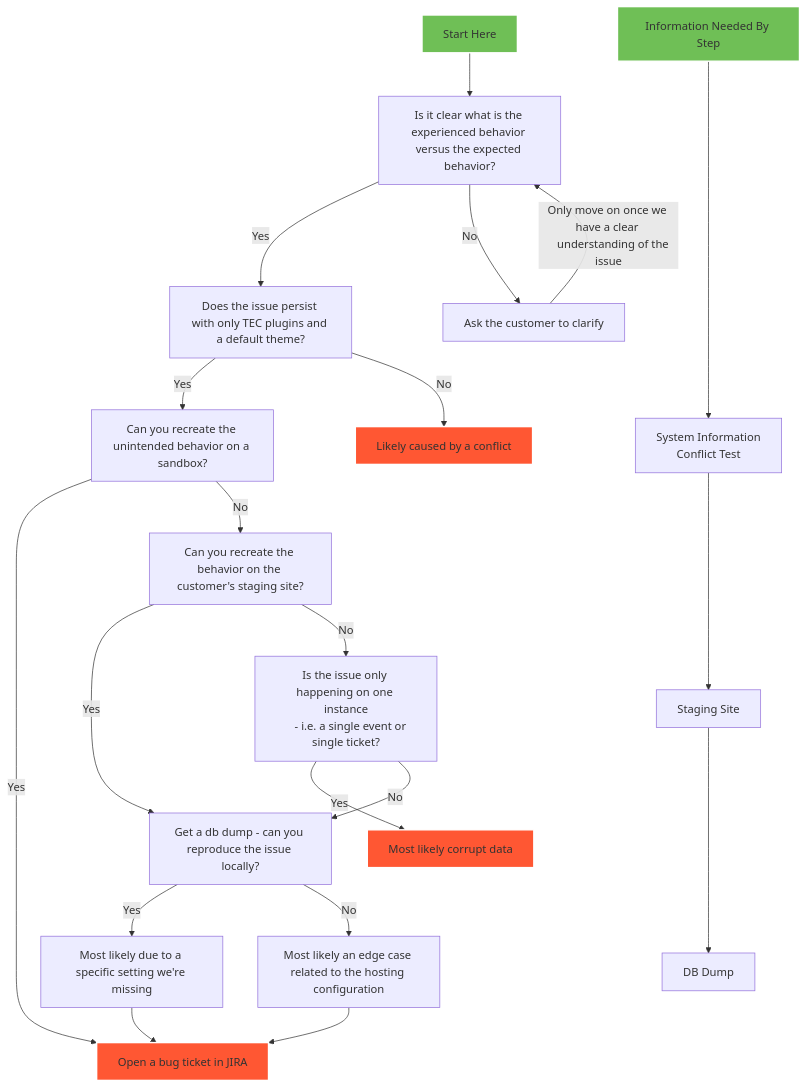
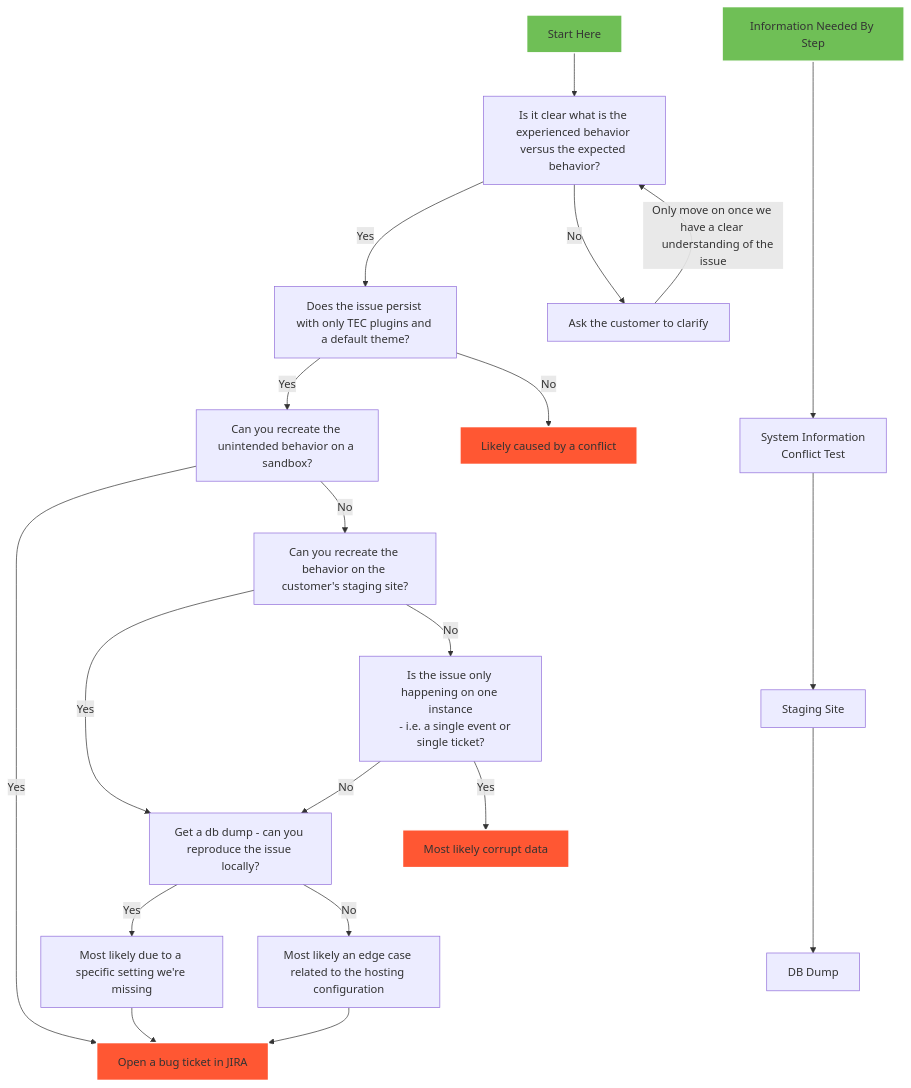
Before and after one commit to sdokus/sdokus-dev-day-concepts: the diagram in support-flowchart.md, drawn with Mermaid.

Commit message:
fixed the criss-crossing lines for step J

````diff
--- a/support-flowchart.md
+++ b/support-flowchart.md
@@ -3,56 +3,57 @@
 ```mermaid
 graph TD
     A[Start Here]
     A --> B
     B[Is it clear what is the experienced behavior versus the expected behavior?]
     B -->|Yes| C
     B -->|No| D
     C[Does the issue persist with only TEC plugins and a default theme?]
     D[Ask the customer to clarify]
     D -->|Only move on once we have a clear 
     understanding of the issue|B
     C -->|Yes|E
     C -->|No|F
     E[Can you recreate the unintended behavior on a sandbox?]
     F[Likely caused by a conflict]
     E --> |Yes| G
     E --> |No| H
     G[Open a bug ticket in JIRA]
     H[Can you recreate the behavior on the customer's staging site?]
     H -->|Yes| I
     H -->|No| J
     I[Get a db dump - can you reproduce the issue locally?]
     I -->|Yes| N
     I -->|No| M
     M[Most likely an edge case related to the hosting configuration]
     N[Most likely due to a specific setting we're missing]
     M --> G
     N --> G
     J[Is the issue only happening on one instance
     - i.e. a single event or single ticket?]
+    J --> |No| I
     J --> |Yes| K
-    J --> |No| I
+    
     K[Most likely corrupt data]
     
 style A fill:#6FBF56,stroke:#ffffff,stroke-width:2px;
 style F fill:#FF5733,stroke:#ffffff,stroke-width:2px;
 style K fill:#FF5733,stroke:#ffffff,stroke-width:2px;
 style G fill:#FF5733,stroke:#ffffff,stroke-width:2px;
 
 %% Second Graph - Information Gathering
     A2[Information Needed By Step]
     A2 ----> B2
     B2[
         System Information
         Conflict Test
     ]
     click B2 href "#system-info"
     B2 ---> C2
     C2[Staging Site]
     click C2 href "#staging-site"
     C2 ---> D2
     D2[DB Dump]
     click D2 href "#db-dump"
 
 style A2 fill:#6FBF56,stroke:#ffffff,stroke-width:2px;
 ```
````
